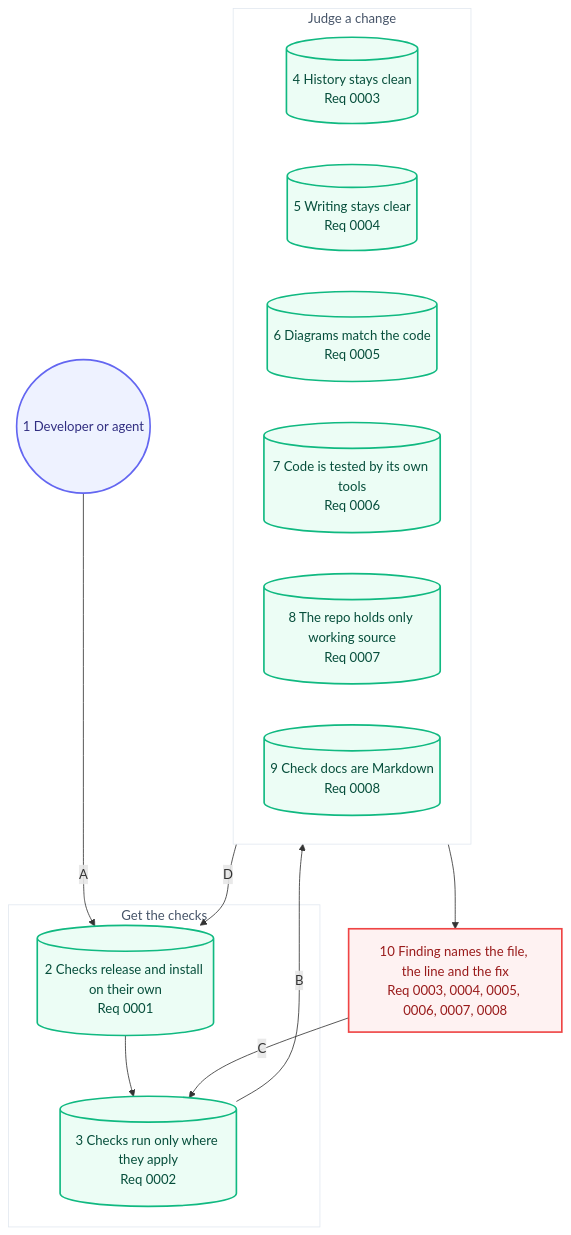
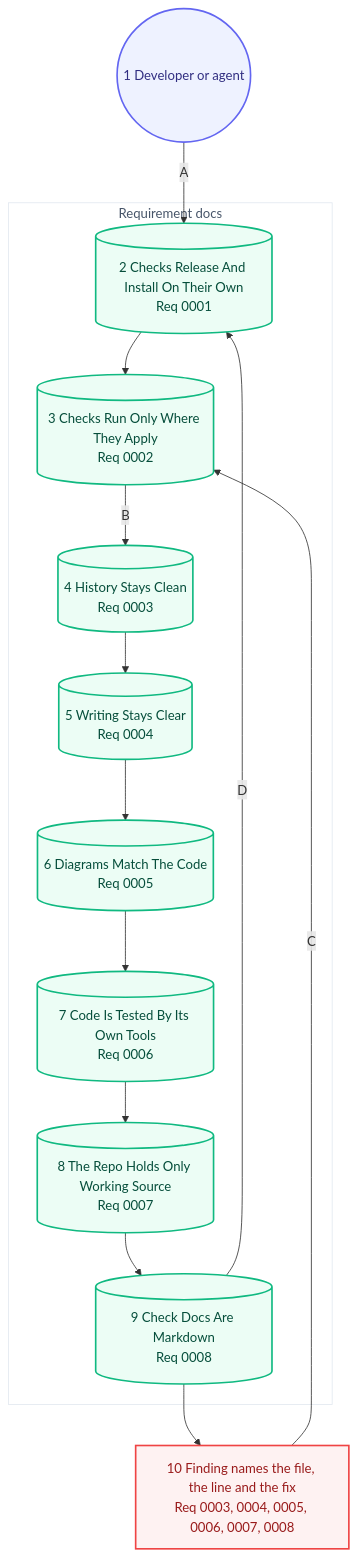
Before and after one commit to may-journal/fitness-checks: the second of 2 diagrams in docs/architecture/05-user-journey.md, drawn with Mermaid. The commit also changed other lines of this file and 7 other files, not shown here.

Commit message:
feat(architecture-journey): generate the journey's requirement nodes from the docs

````diff
--- a/docs/architecture/05-user-journey.md
+++ b/docs/architecture/05-user-journey.md
@@ -38,36 +38,39 @@
 ```mermaid
 flowchart TB
     dev((1 Developer or agent)):::persona
 
-    subgraph get["Get the checks"]
-        install[(2 Checks release and install on their own<br/>Req 0001)]:::system
-        apply[(3 Checks run only where they apply<br/>Req 0002)]:::system
+    red[10 Finding names the file, the line and the fix<br/>Req 0003, 0004, 0005, 0006, 0007, 0008]:::blocked
+
+    subgraph docs["Requirement docs"]
+        %% journey-nodes:start
+        req0001[(2 Checks Release And Install On Their Own<br/>Req 0001)]:::system
+        req0002[(3 Checks Run Only Where They Apply<br/>Req 0002)]:::system
+        req0003[(4 History Stays Clean<br/>Req 0003)]:::system
+        req0004[(5 Writing Stays Clear<br/>Req 0004)]:::system
+        req0005[(6 Diagrams Match The Code<br/>Req 0005)]:::system
+        req0006[(7 Code Is Tested By Its Own Tools<br/>Req 0006)]:::system
+        req0007[(8 The Repo Holds Only Working Source<br/>Req 0007)]:::system
+        req0008[(9 Check Docs Are Markdown<br/>Req 0008)]:::system
+        %% journey-nodes:end
     end
 
-    subgraph judge["Judge a change"]
-        history[(4 History stays clean<br/>Req 0003)]:::system
-        writing[(5 Writing stays clear<br/>Req 0004)]:::system
-        diagrams[(6 Diagrams match the code<br/>Req 0005)]:::system
-        tested[(7 Code is tested by its own tools<br/>Req 0006)]:::system
-        source[(8 The repo holds only working source<br/>Req 0007)]:::system
-        docs[(9 Check docs are Markdown<br/>Req 0008)]:::system
-    end
-
-    red[10 Finding names the file, the line and the fix<br/>Req 0003, 0004, 0005, 0006, 0007, 0008]:::blocked
-
-    dev -->|A| install
-    install --> apply
-    apply -->|B| judge
-    judge --> red
-    red -->|C| apply
-    judge -->|D| install
+    dev -->|A| req0001
+    req0001 --> req0002
+    req0002 -->|B| req0003
+    req0003 --> req0004
+    req0004 --> req0005
+    req0005 --> req0006
+    req0006 --> req0007
+    req0007 --> req0008
+    req0008 --> red
+    red -->|C| req0002
+    req0008 -->|D| req0001
 
     classDef persona fill:#eef2ff,stroke:#6366f1,color:#312e81,stroke-width:2px
     classDef screen fill:#f8fafc,stroke:#64748b,color:#1e293b,stroke-width:2px
     classDef action fill:#fff7ed,stroke:#f97316,color:#9a3412,stroke-width:2px
     classDef system fill:#ecfdf5,stroke:#10b981,color:#064e3b,stroke-width:2px
     classDef blocked fill:#fef2f2,stroke:#ef4444,color:#991b1b,stroke-width:2px
 
-    style get fill:#ffffff,stroke:#e2e8f0,color:#475569,stroke-width:1px
-    style judge fill:#ffffff,stroke:#e2e8f0,color:#475569,stroke-width:1px
+    style docs fill:#ffffff,stroke:#e2e8f0,color:#475569,stroke-width:1px
 ```
````
